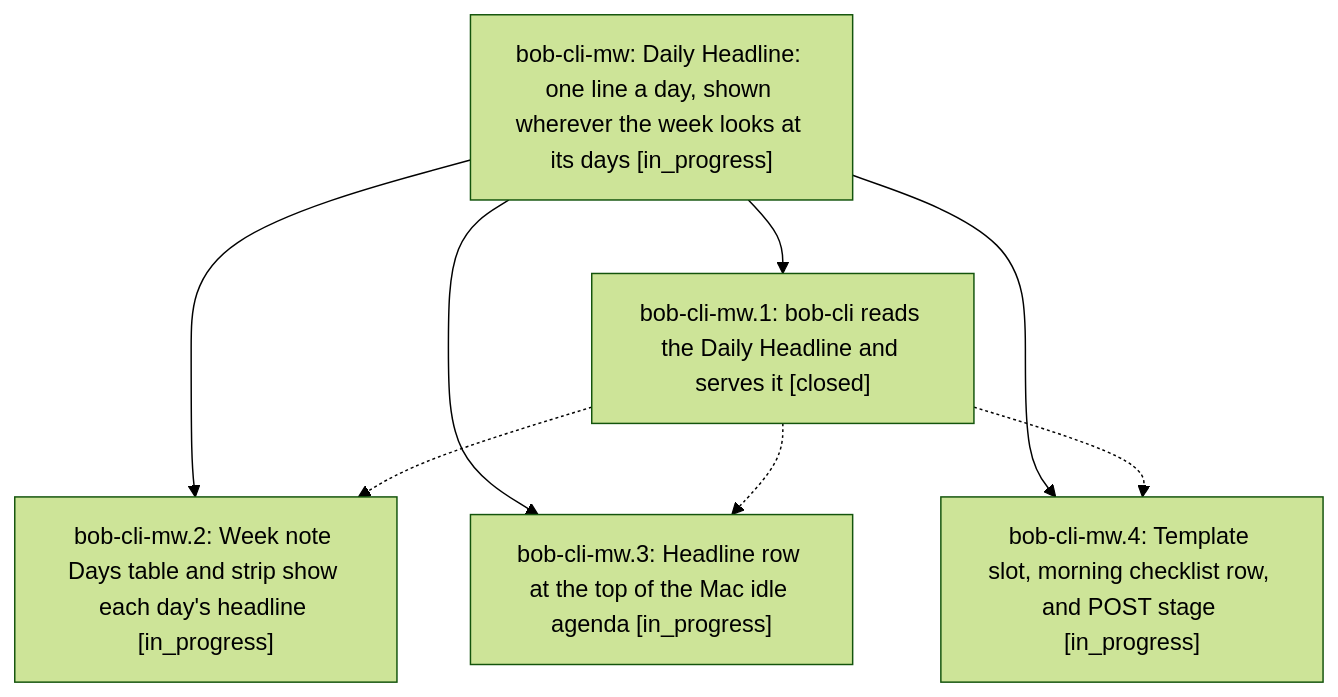
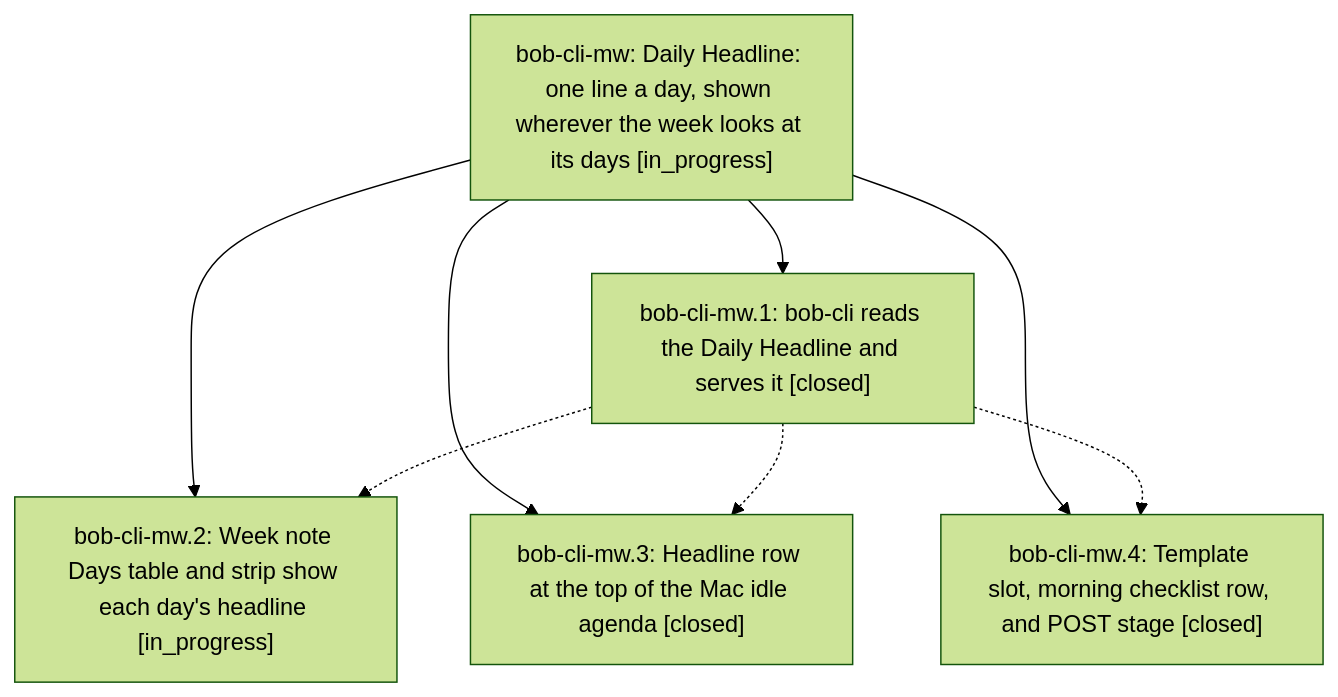
The diagram in pages/bob-cli-mw/README.md (bobs-org/bob-cli--beads), drawn with Mermaid (forest theme) before and after one commit. The commit also changed other lines of this file and 4 other files, not shown here.

First line of the commit message:
chore(beads): sync bead state and pages for bob-cli-mw

````diff
--- a/pages/bob-cli-mw/README.md
+++ b/pages/bob-cli-mw/README.md
@@ -25,15 +37,15 @@
 ```mermaid
 flowchart TD
     n0["bob-cli-mw: Daily Headline: one line a day, shown wherever the week looks at its days [in_progress]"]
     n1["bob-cli-mw.1: bob-cli reads the Daily Headline and serves it [closed]"]
     n2["bob-cli-mw.2: Week note Days table and strip show each day's headline [in_progress]"]
-    n3["bob-cli-mw.3: Headline row at the top of the Mac idle agenda [in_progress]"]
-    n4["bob-cli-mw.4: Template slot, morning checklist row, and POST stage [in_progress]"]
+    n3["bob-cli-mw.3: Headline row at the top of the Mac idle agenda [closed]"]
+    n4["bob-cli-mw.4: Template slot, morning checklist row, and POST stage [closed]"]
     n0 --> n1
     n0 --> n2
     n0 --> n3
     n0 --> n4
     n1 -.-> n2
     n1 -.-> n3
     n1 -.-> n4
 ```
````
